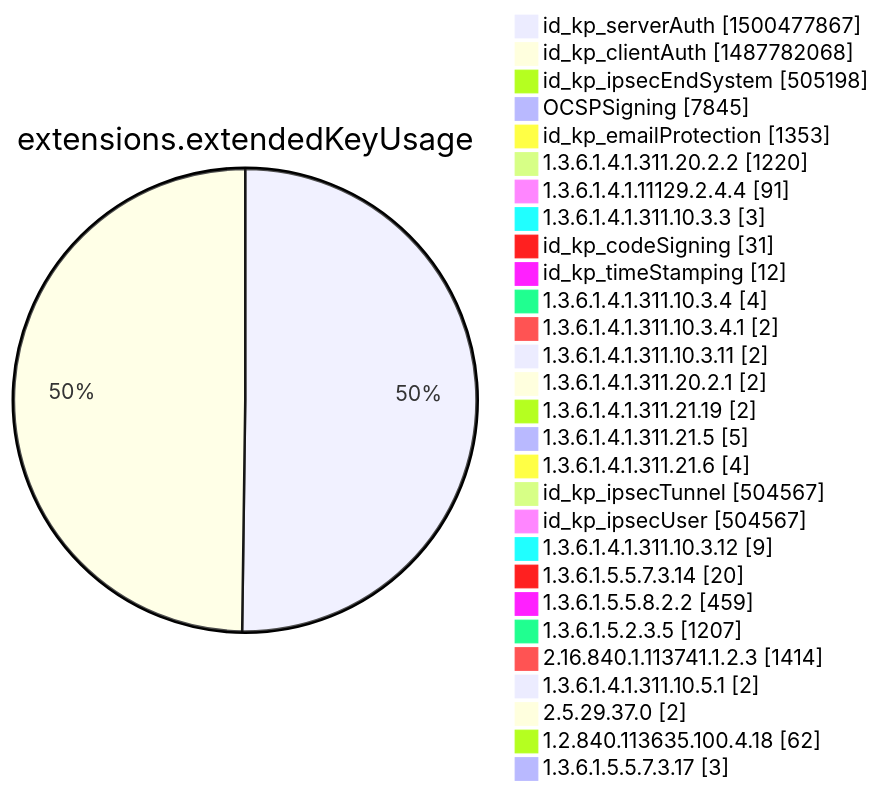
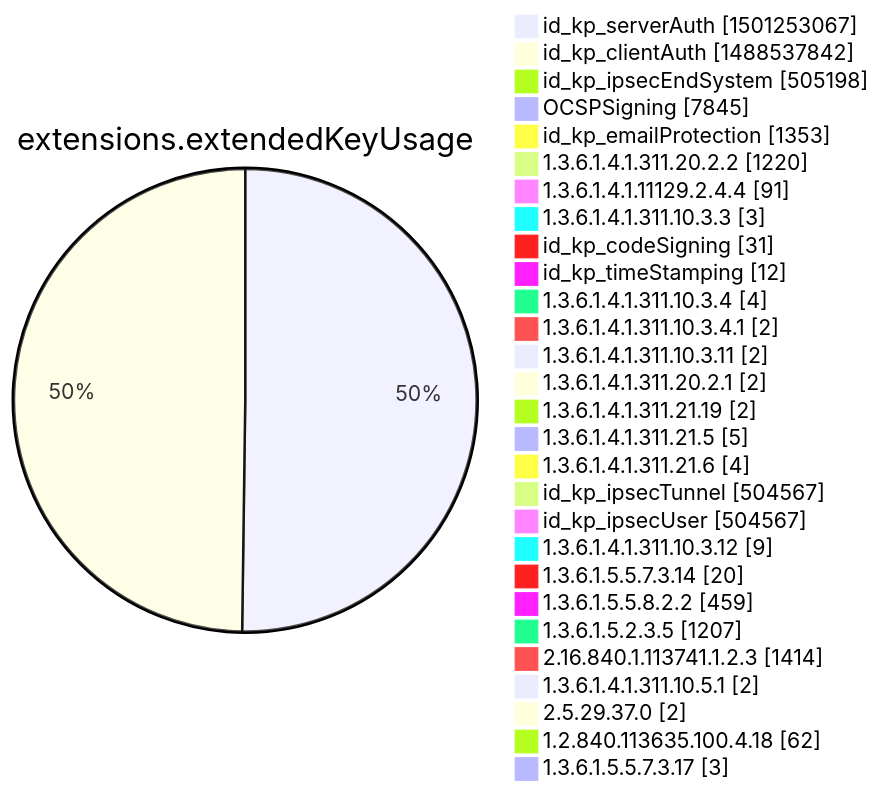
Before and after one commit to christiankrug/ctmonitor_visualization: diagram 12 of 15 in xenon2022/README.md, drawn with Mermaid. The commit also changed other lines of this file, not shown here.

````diff
--- a/xenon2022/README.md
+++ b/xenon2022/README.md
@@ -3875,32 +3875,32 @@
 ```mermaid
 pie showData
 title extensions.extendedKeyUsage
-"id_kp_serverAuth" :1500477867
-"id_kp_clientAuth" :1487782068
+"id_kp_serverAuth" :1501253067
+"id_kp_clientAuth" :1488537842
 "id_kp_ipsecEndSystem" :505198
 "OCSPSigning" :7845
 "id_kp_emailProtection" :1353
 "1.3.6.1.4.1.311.20.2.2" :1220
 "1.3.6.1.4.1.11129.2.4.4" :91
 "1.3.6.1.4.1.311.10.3.3" :3
 "id_kp_codeSigning" :31
 "id_kp_timeStamping" :12
 "1.3.6.1.4.1.311.10.3.4" :4
 "1.3.6.1.4.1.311.10.3.4.1" :2
 "1.3.6.1.4.1.311.10.3.11" :2
 "1.3.6.1.4.1.311.20.2.1" :2
 "1.3.6.1.4.1.311.21.19" :2
 "1.3.6.1.4.1.311.21.5" :5
 "1.3.6.1.4.1.311.21.6" :4
 "id_kp_ipsecTunnel" :504567
 "id_kp_ipsecUser" :504567
 "1.3.6.1.4.1.311.10.3.12" :9
 "1.3.6.1.5.5.7.3.14" :20
 "1.3.6.1.5.5.8.2.2" :459
 "1.3.6.1.5.2.3.5" :1207
 "2.16.840.1.113741.1.2.3" :1414
 "1.3.6.1.4.1.311.10.5.1" :2
 "2.5.29.37.0" :2
 "1.2.840.113635.100.4.18" :62
 "1.3.6.1.5.5.7.3.17" :3
 ```
````
